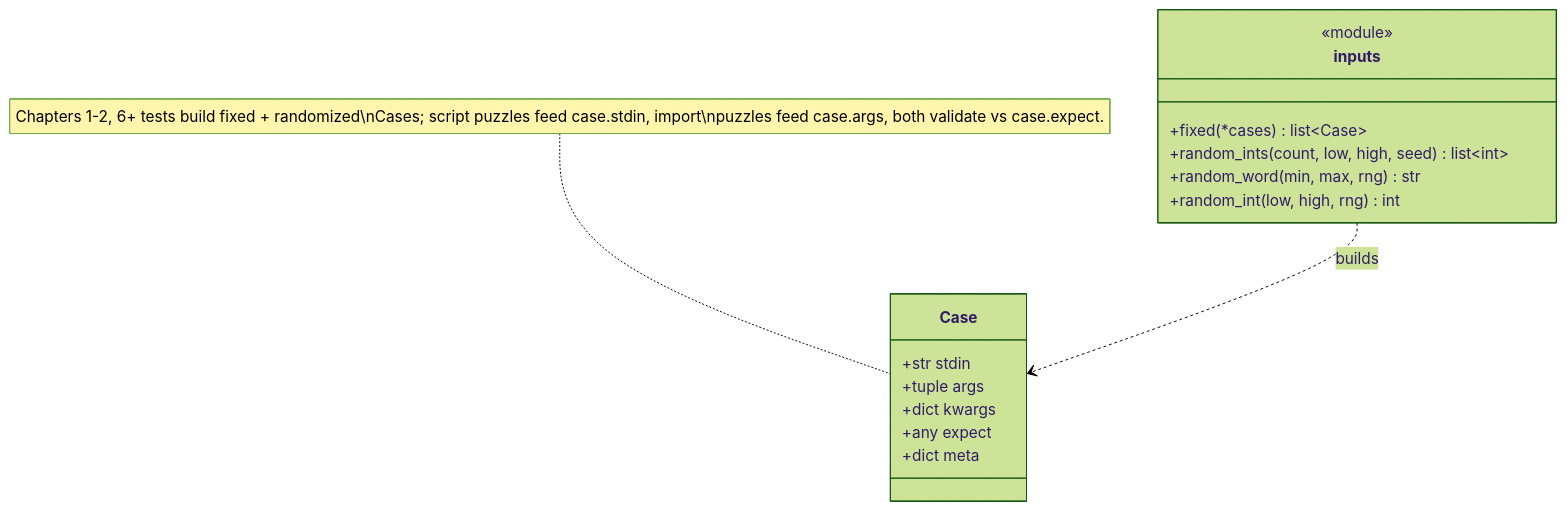
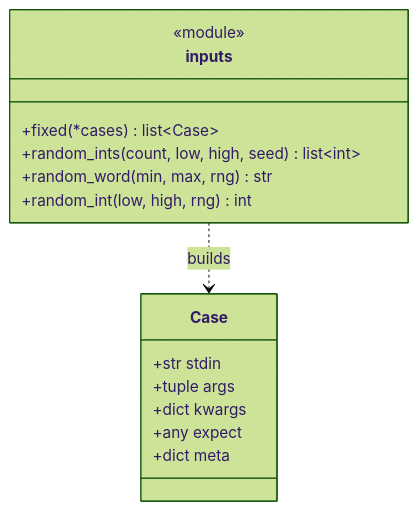
Before and after one commit to N041M/PyQuest: the fifth of 9 diagrams in docs/architecture/engine-core.md, drawn with Mermaid (forest theme). The commit also changed other lines of this file and 5 other files, not shown here.

First line of the commit message:
Polish architecture diagrams; add puzzle-consumption view

````diff
--- a/docs/architecture/engine-core.md
+++ b/docs/architecture/engine-core.md
@@ -101,19 +112,18 @@
 ```mermaid
 classDiagram
     class Case {
         +str stdin
         +tuple args
         +dict kwargs
         +any expect
         +dict meta
     }
     class inputs {
         <<module>>
         +fixed(*cases) list~Case~
         +random_ints(count, low, high, seed) list~int~
         +random_word(min, max, rng) str
         +random_int(low, high, rng) int
     }
     inputs ..> Case : builds
-    note for Case "Chapters 1-2, 6+ tests build fixed + randomized\nCases; script puzzles feed case.stdin, import\npuzzles feed case.args, both validate vs case.expect."
 ```
````
